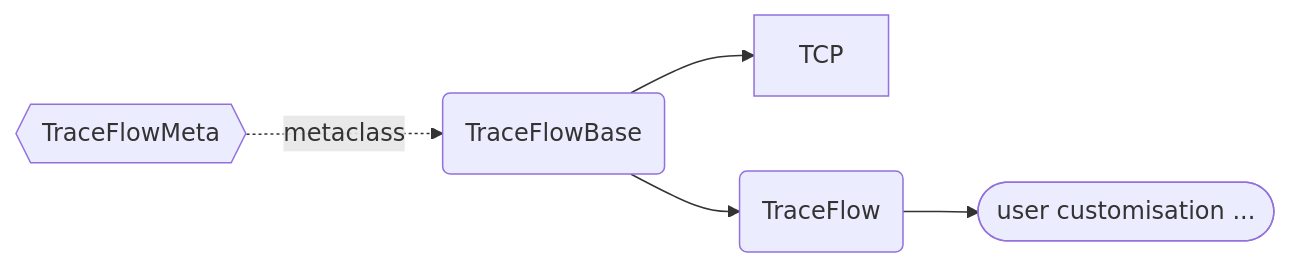
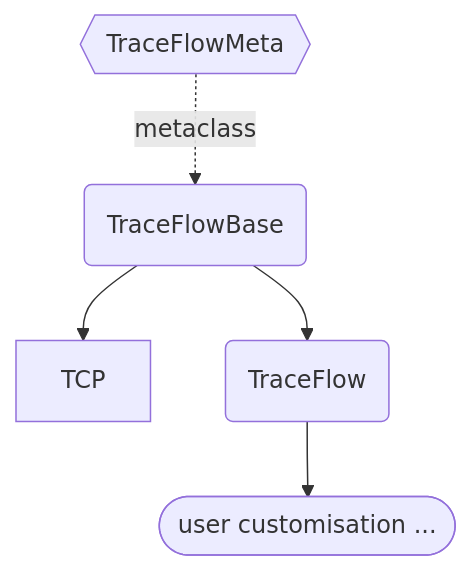
One commit to JarryShaw/PyPCAPKit changed the diagram in docs/source/pcapkit/foundation/traceflow/index.rst. Above: the diagram before and after it, drawn with Mermaid. The commit also changed 9 other files, not shown here.

First line of the commit message:
docs: lay out every diagram vertically so it renders at a readable size

```diff
--- a/docs/source/pcapkit/foundation/traceflow/index.rst
+++ b/docs/source/pcapkit/foundation/traceflow/index.rst
@@ -31,16 +31,16 @@
 .. mermaid::
 
-   flowchart LR
+   flowchart TD
        A{{TraceFlowMeta}} -.->|metaclass| B(TraceFlowBase)
 
        B --> TCP
 
        B --> C(TraceFlow)
        C --> D([user customisation ...])
 
        click A "traceflow.html#pcapkit.foundation.traceflow.traceflow.TraceFlowMeta"
        click B "traceflow.html#pcapkit.foundation.traceflow.traceflow.TraceFlowBase"
        click C "traceflow.html#pcapkit.foundation.traceflow.traceflow.TraceFlow"
        click D "../../../ext.html#reassembly-and-flow-tracing"
 
        click TCP "tcp.html#pcapkit.foundation.traceflow.tcp.TCP"
```
